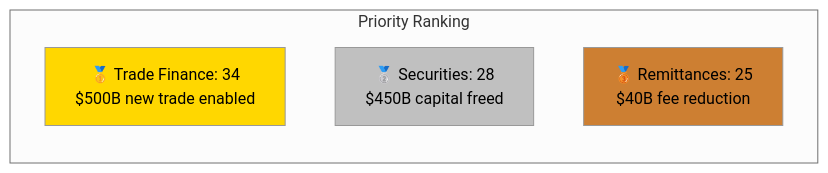
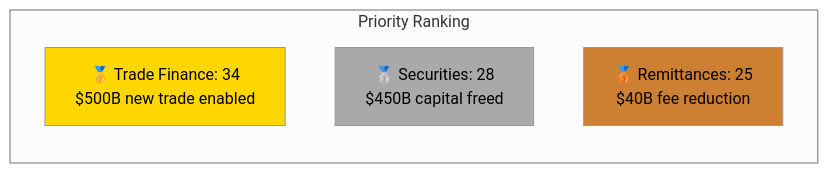
Before and after one commit to ljg-cqu/knowledge: diagram 19 of 22 in Industry/Blockchain/Blockchain/ValueChain/QA_ClaudeOpus.md, drawn with Mermaid (neutral theme). The commit also changed other lines of this file and 6 other files, not shown here.

````diff
--- a/Industry/Blockchain/Blockchain/ValueChain/QA_ClaudeOpus.md
+++ b/Industry/Blockchain/Blockchain/ValueChain/QA_ClaudeOpus.md
@@ -1788,12 +1788,12 @@
 ```mermaid
 graph LR
     subgraph Priority Ranking
     A[🥇 Trade Finance: 34<br/>$500B new trade enabled]
     B[🥈 Securities: 28<br/>$450B capital freed]
     C[🥉 Remittances: 25<br/>$40B fee reduction]
     end
     
-    style A fill:#ffd700
-    style B fill:#c0c0c0
+    style A fill:#FFD700
+    style B fill:#A9A9A9
     style C fill:#cd7f32
 ```
````
